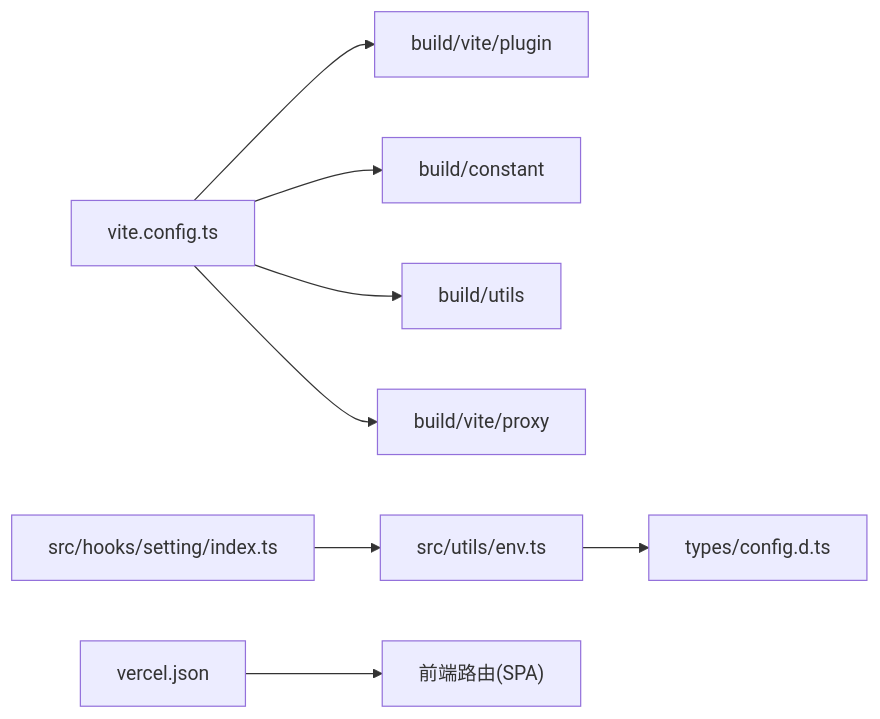
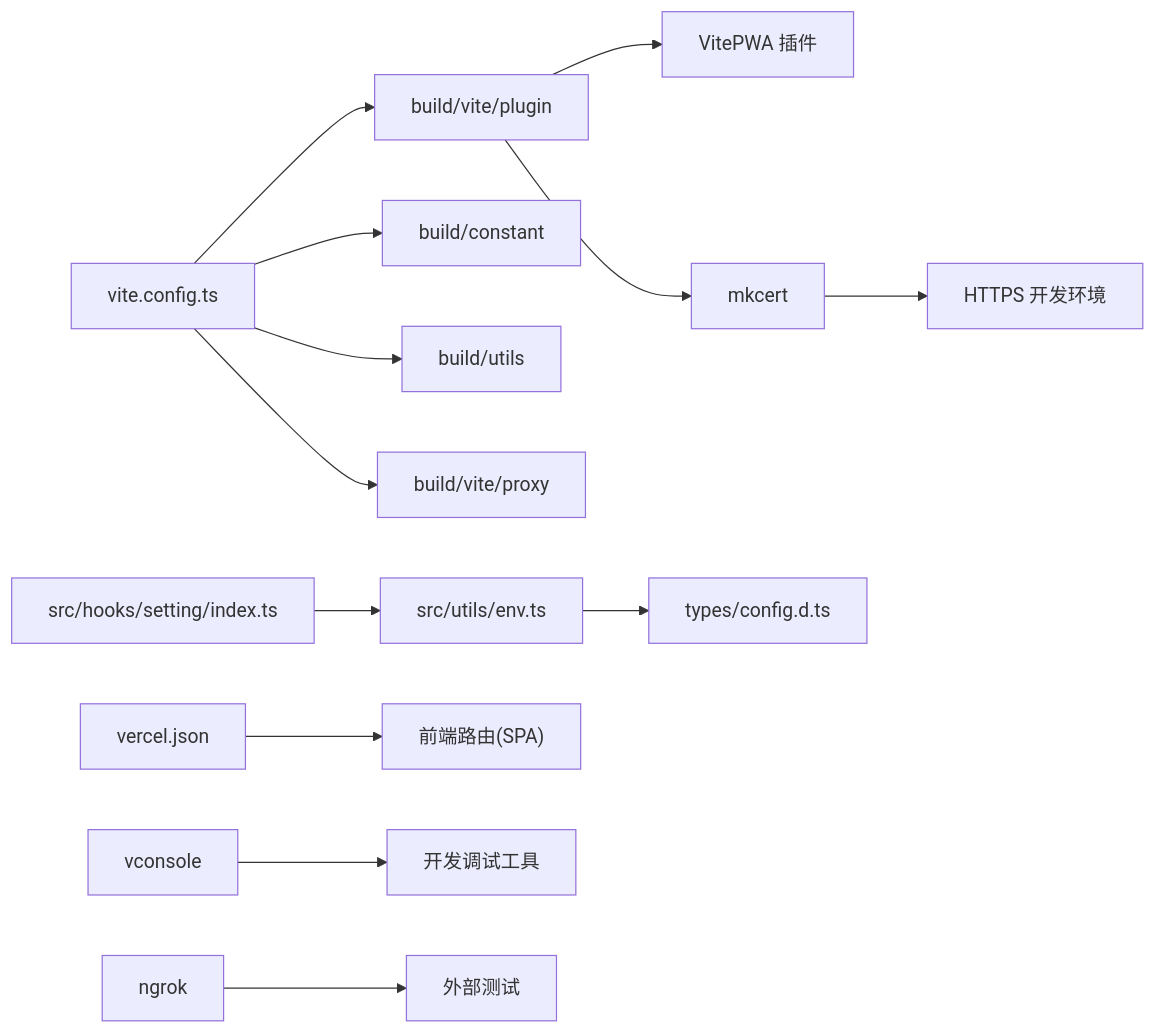
Before and after one commit to giserman001/vue3-vant4-mobile: the seventh of 7 diagrams in .qoder/repowiki/zh/content/构建与部署.md, drawn with Mermaid. The commit also changed other lines of this file and 4 other files, not shown here.

````diff
--- a/.qoder/repowiki/zh/content/构建与部署.md
+++ b/.qoder/repowiki/zh/content/构建与部署.md
@@ -237,10 +385,15 @@
 ```mermaid
 graph LR
 VC["vite.config.ts"] --> P["build/vite/plugin"]
 VC --> C["build/constant"]
 VC --> U["build/utils"]
 VC --> X["build/vite/proxy"]
+P --> VITEPWA["VitePWA 插件"]
+P --> MKCERT["mkcert 插件"]
 ENV["src/utils/env.ts"] --> TYPES["types/config.d.ts"]
 SETTING["src/hooks/setting/index.ts"] --> ENV
 VERCEL["vercel.json"] --> ROUTER["前端路由(SPA)"]
+VCONSOLE["vconsole"] --> DEVTOOLS["开发调试工具"]
+MKCERT["mkcert"] --> HTTPS["HTTPS 开发环境"]
+NGROK["ngrok"] --> EXTERNAL["外部测试"]
 ```
````
